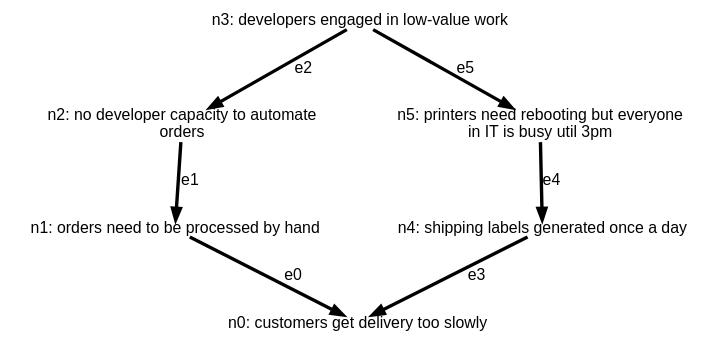
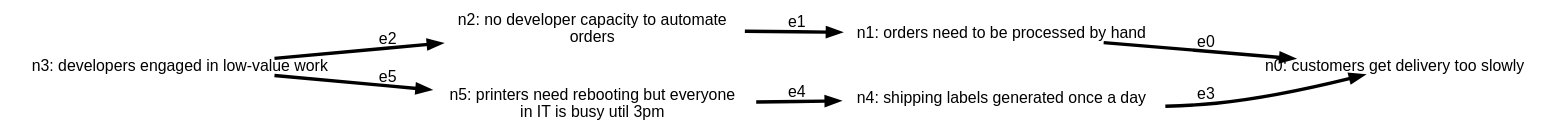
One commit to stevecooperorg/microdot changed the diagram in examples/business_example_1.dot. Above: the diagram before and after it, drawn with Graphviz. The commit also changed 7 other files, not shown here.

```diff
--- a/examples/business_example_1.dot
+++ b/examples/business_example_1.dot
@@ -1,21 +1,21 @@
 digraph {
 
-    graph [fontname = "helvetica" rankdir="TB" ranksep=0.75 nodesep=0.5];
+    graph [fontname = "helvetica" rankdir="LR" ranksep=0.75 nodesep=0.5];
     node [fontname = "helvetica" shape = "plain"];
     edge [fontname = "helvetica" penwidth=3 color="#000000"];
 
     n0 [label="n0: customers get delivery too slowly"  ]
     n1 [label="n1: orders need to be processed by hand"  ]
     n2 [label="n2: no developer capacity to automate\norders"  ]
     n3 [label="n3: developers engaged in low-value work"  ]
     n4 [label="n4: shipping labels generated once a day"  ]
     n5 [label="n5: printers need rebooting but everyone\nin IT is busy util 3pm"  ]
 
     "n1" -> "n0" [label="e0"];
     "n2" -> "n1" [label="e1"];
     "n3" -> "n2" [label="e2"];
     "n4" -> "n0" [label="e3"];
     "n5" -> "n4" [label="e4"];
     "n3" -> "n5" [label="e5"];
 
 }
```
